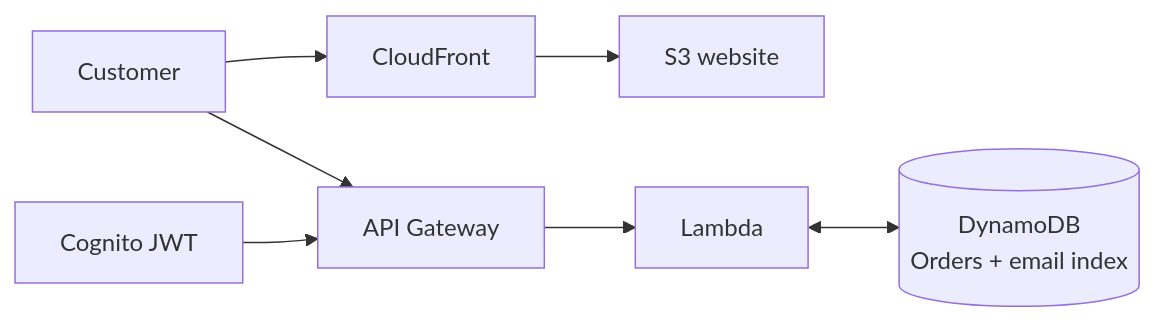
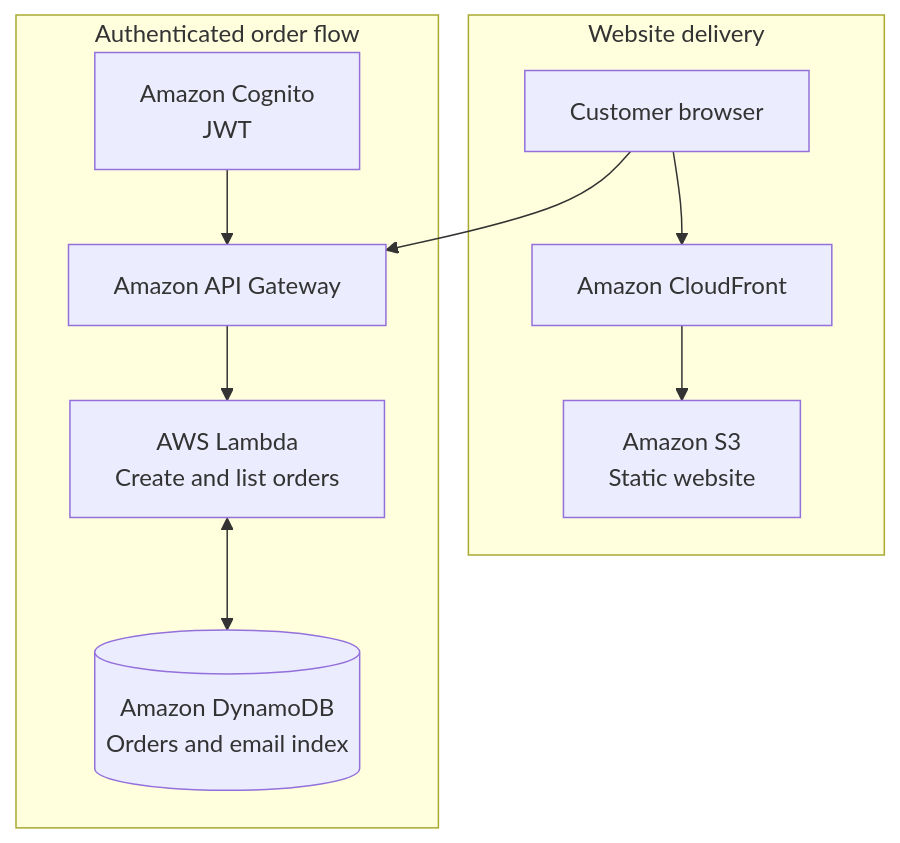
Before and after one commit to Kedi-Shuping/aws-restart-journey: the diagram in Projects/Project-1-Restaurant-Website/README.md, drawn with Mermaid.

Commit message:
Restore clear labels and compact the architecture diagram

````diff
--- a/Projects/Project-1-Restaurant-Website/README.md
+++ b/Projects/Project-1-Restaurant-Website/README.md
@@ -33,9 +33,14 @@
 ```mermaid
-flowchart LR
-    C[Customer] --> CF[CloudFront]
-    CF --> S3[S3 website]
-    C --> API[API Gateway]
-    Auth[Cognito JWT] --> API
-    API --> L[Lambda]
-    L <--> DB[(DynamoDB<br/>Orders + email index)]
+flowchart TB
+    subgraph Website["Website delivery"]
+        Customer["Customer browser"] --> CloudFront["Amazon CloudFront"]
+        CloudFront --> S3["Amazon S3<br/>Static website"]
+    end
+
+    subgraph Orders["Authenticated order flow"]
+        Cognito["Amazon Cognito<br/>JWT"] --> API["Amazon API Gateway"]
+        Customer --> API
+        API --> Lambda["AWS Lambda<br/>Create and list orders"]
+        Lambda <--> DB[("Amazon DynamoDB<br/>Orders and email index")]
+    end
 ```
````
